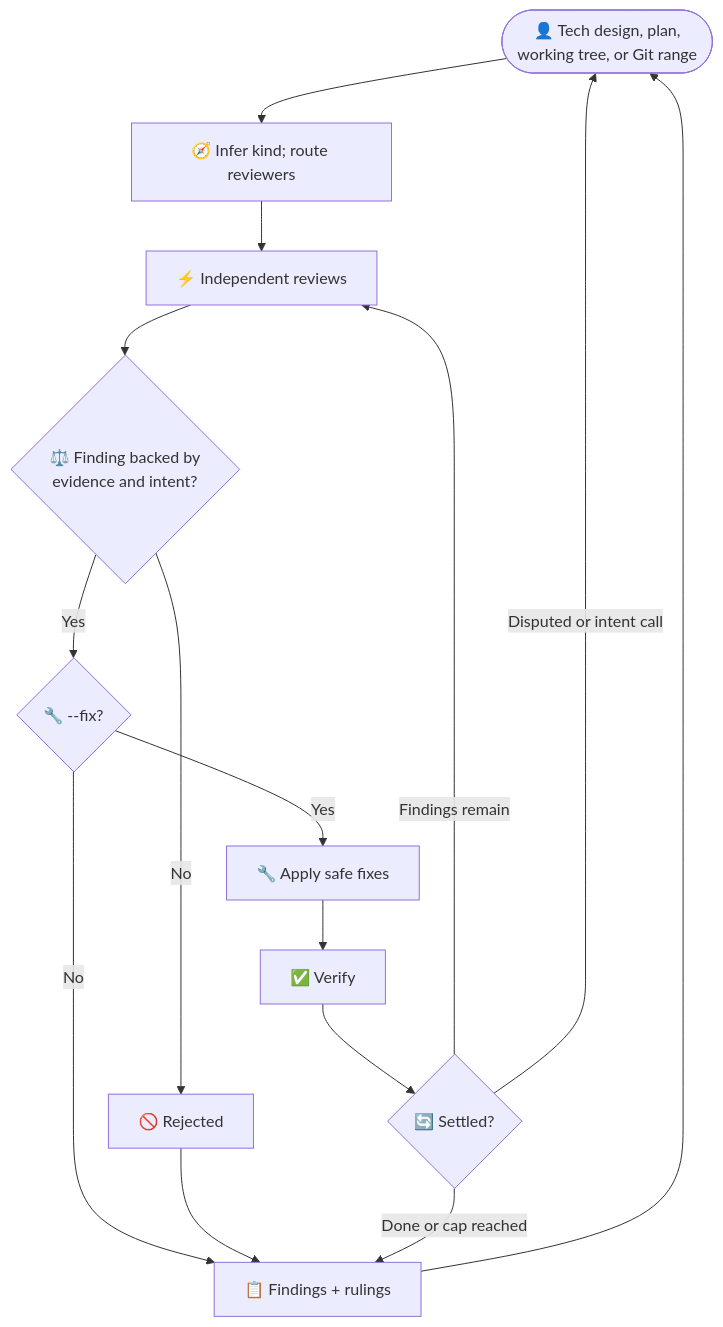
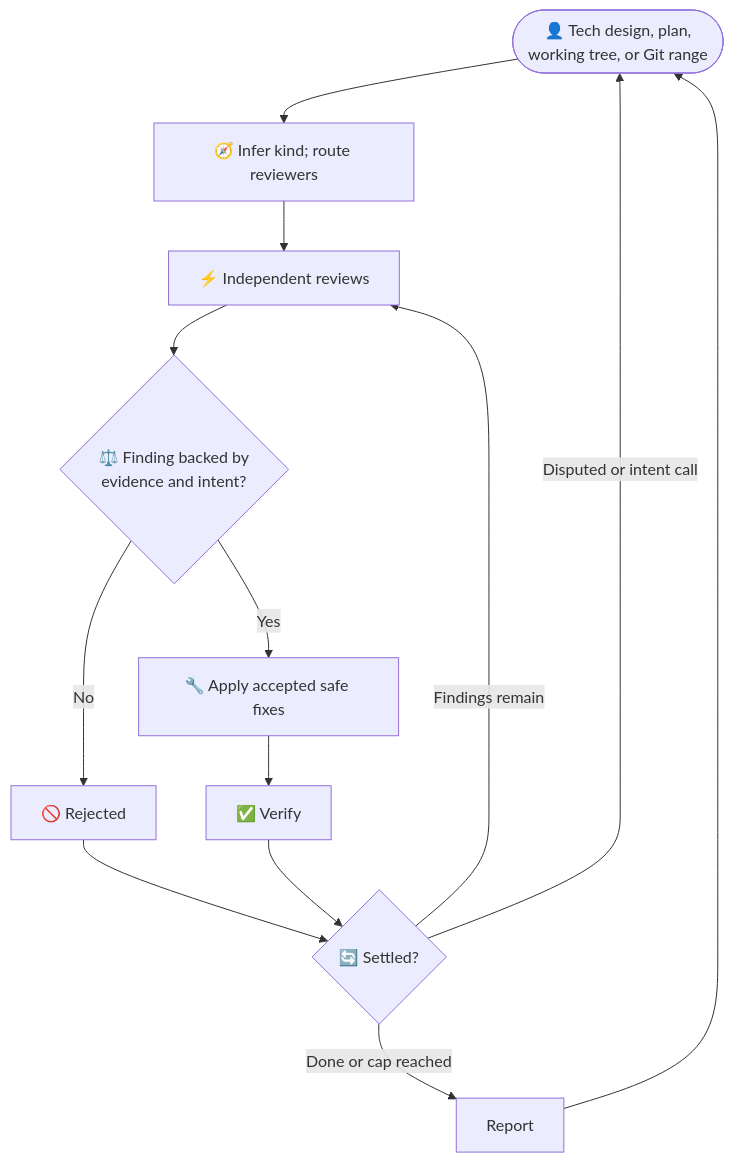
One commit to Gyunikuchan/dispatch-skills changed the diagram in skills/dispatch/references/readme/review.md. Above: the diagram before and after it, drawn with Mermaid. The commit also changed other lines of this file and 55 other files, not shown here.

Commit message:
Make Dispatch reviews always apply accepted fixes

````diff
--- a/skills/dispatch/references/readme/review.md
+++ b/skills/dispatch/references/readme/review.md
@@ -11,17 +11,15 @@
 ```mermaid
 flowchart TD
     User(["👤 Tech design, plan,<br/>working tree, or Git range"]) --> Route["🧭 Infer kind; route reviewers"]
     Route --> Review["⚡ Independent reviews"]
     Review --> Rule{"⚖️ Finding backed by<br/>evidence and intent?"}
     Rule -->|No| Reject["🚫 Rejected"]
-    Rule -->|Yes| Fix{"🔧 --fix?"}
-    Fix -->|No| Report["📋 Findings + rulings"]
-    Reject --> Report
-    Fix -->|Yes| Apply["🔧 Apply safe fixes"]
+    Rule -->|Yes| Apply["🔧 Apply accepted safe fixes"]
+    Reject --> Settled
     Apply --> Verify["✅ Verify"]
     Verify --> Settled{"🔄 Settled?"}
     Settled -->|Findings remain| Review
     Settled -->|Done or cap reached| Report
     Settled -->|Disputed or intent call| User
     Report --> User
 ```
````
